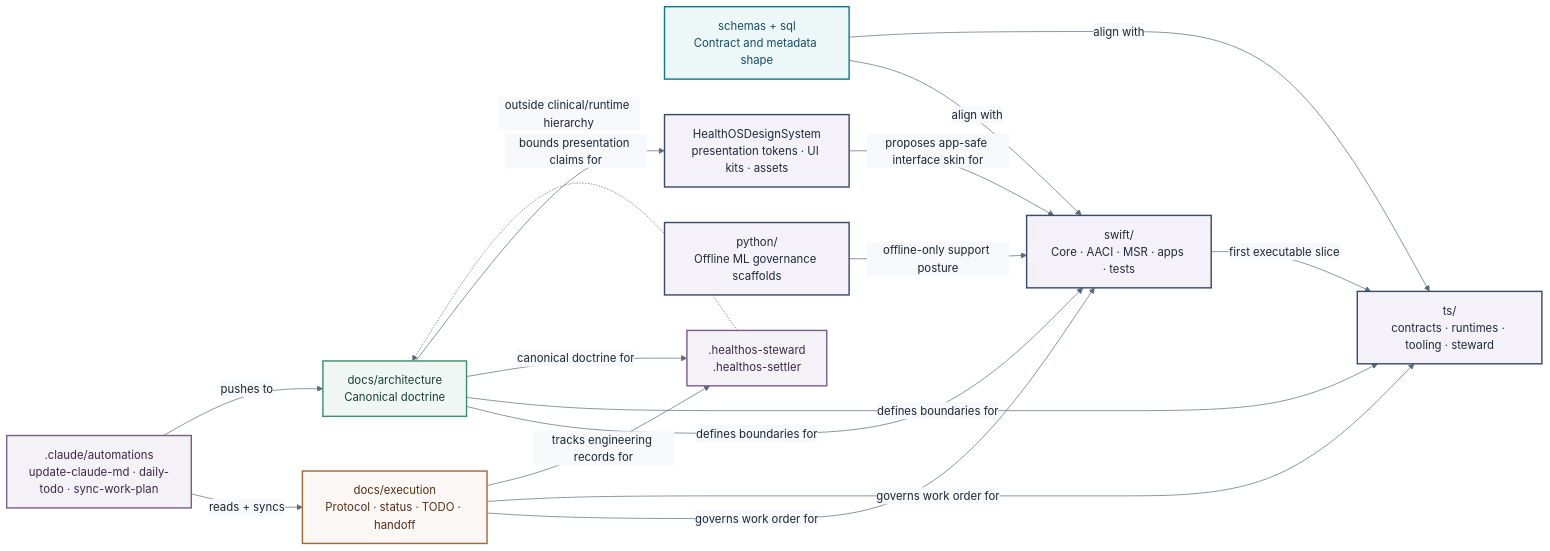
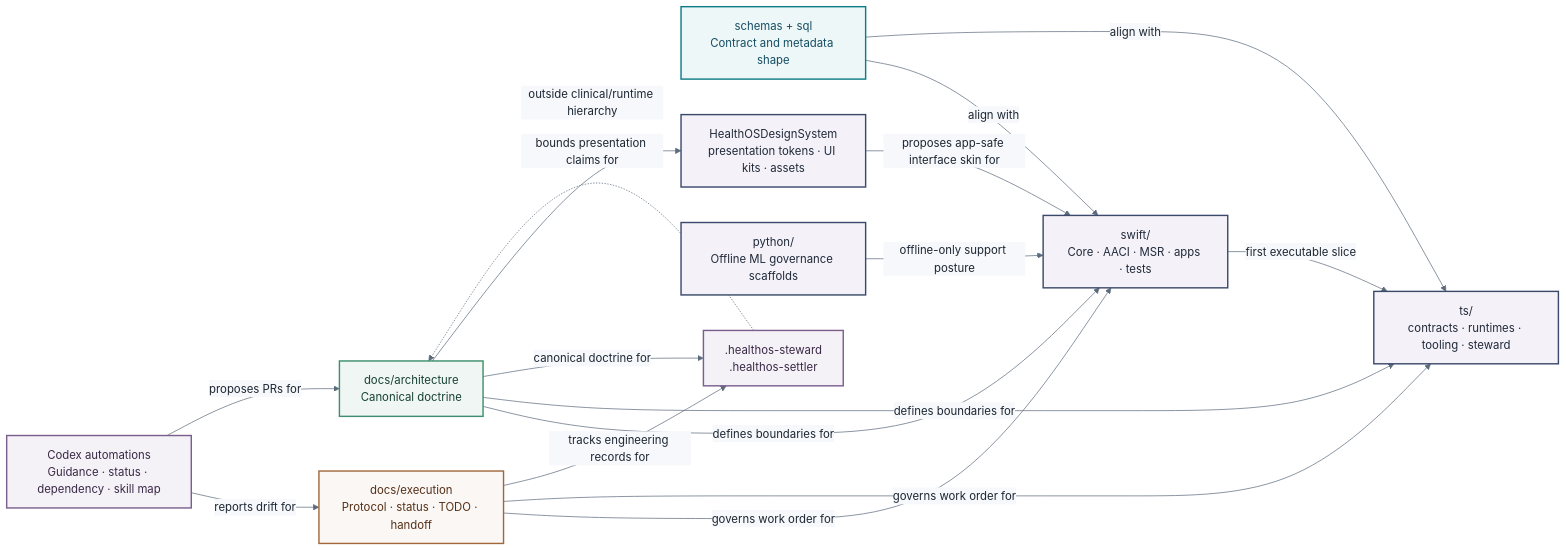
Before and after one commit to myselfgus/HealthOScaffold: the ninth of 12 diagrams in README.md, drawn with Mermaid. The commit also changed other lines of this file and 75 other files, not shown here.

````diff
--- a/README.md
+++ b/README.md
@@ -627,35 +645,35 @@
 ```mermaid
 %%{init: {'theme': 'base', 'themeVariables': {'primaryColor': '#F6F8FB', 'primaryBorderColor': '#D6DEE8', 'primaryTextColor': '#1D2733', 'clusterBkg': '#FFFFFF', 'clusterBorder': '#D6DEE8', 'titleColor': '#1D2733', 'lineColor': '#5B6B7C', 'edgeLabelBackground': '#F6F8FB', 'fontFamily': 'ui-rounded, -apple-system, BlinkMacSystemFont, sans-serif'}}}%%
 graph LR
     classDef docs  fill:#F0F6F3,stroke:#3E8E6F,stroke-width:2px,color:#174234
     classDef exec  fill:#FAF7F4,stroke:#A1693A,stroke-width:2px,color:#553018
     classDef code  fill:#F4F2F8,stroke:#3B4A6B,stroke-width:2px,color:#202A3A
     classDef data  fill:#EEF7F8,stroke:#0E7C86,stroke-width:2px,color:#164E63
     classDef agent fill:#F5F2F7,stroke:#7B5E8E,stroke-width:2px,color:#3A2946
 
     D[docs/architecture\nCanonical doctrine]:::docs
     E[docs/execution\nProtocol · status · TODO · handoff]:::exec
     S[schemas + sql\nContract and metadata shape]:::data
     W[swift/\nCore · AACI · MSR · apps · tests]:::code
     T[ts/\ncontracts · runtimes · tooling · steward]:::code
     DS[HealthOSDesignSystem\npresentation tokens · UI kits · assets]:::code
     P[python/\nOffline ML governance scaffolds]:::code
     EG[.healthos-steward\n.healthos-settler]:::agent
-    AU[.claude/automations\nupdate-claude-md · daily-todo · sync-work-plan]:::agent
+    CA[Codex automations\nGuidance · status · dependency · skill map]:::agent
 
     D -->|defines boundaries for| W
     D -->|defines boundaries for| T
     D -->|canonical doctrine for| EG
     E -->|governs work order for| W
     E -->|governs work order for| T
     E -->|tracks engineering records for| EG
     S -->|align with| W
     S -->|align with| T
     D -->|bounds presentation claims for| DS
     DS -->|proposes app-safe interface skin for| W
     W -->|first executable slice| T
     P -->|offline-only support posture| W
     EG -. outside clinical/runtime hierarchy .-> D
-    AU -->|reads + syncs| E
-    AU -->|pushes to| D
+    CA -->|reports drift for| E
+    CA -->|proposes PRs for| D
 ```
````
